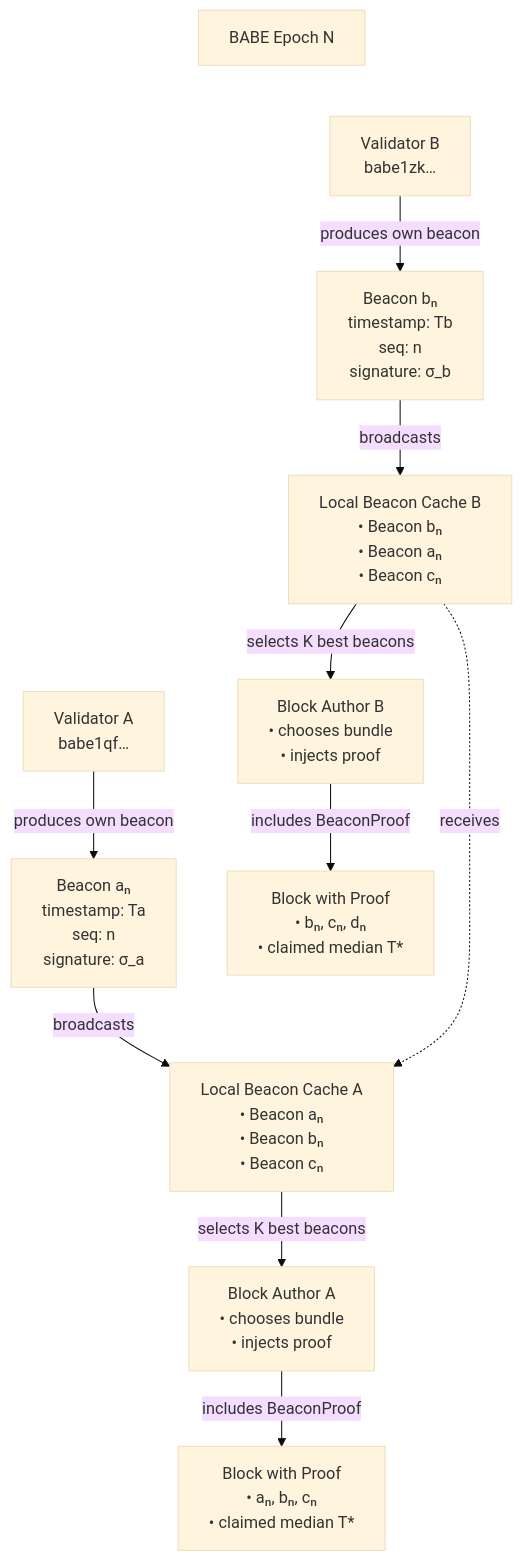
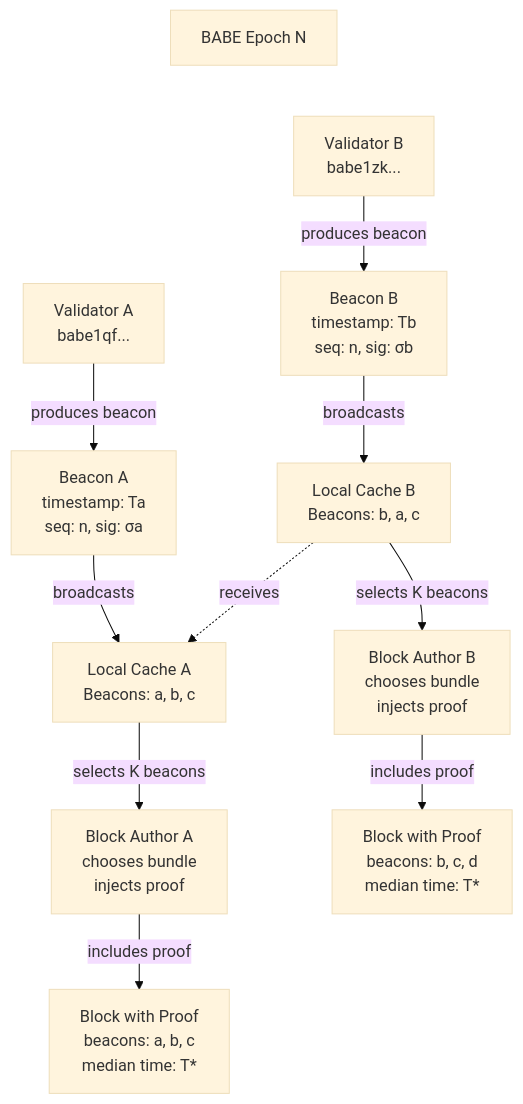
One commit to Roko-Network/roko-kb changed the first of 2 diagrams in articles/of-time-and-stamps.md. Above: the diagram before and after it, drawn with Mermaid (base theme).

Commit message:
Simplify Proof of Time diagram for better rendering
- Use <br/> instead of \n for line breaks (better mermaid support)
- Shorten labels to prevent text cutoff
- Simplify subscript notation

````diff
--- a/articles/of-time-and-stamps.md
+++ b/articles/of-time-and-stamps.md
@@ -106,31 +106,31 @@
 ```mermaid
 flowchart TB
     Epoch["BABE Epoch N"]
-    
-    VA["Validator A\nbabe1qf…"]
-    VB["Validator B\nbabe1zk…"]
-    
-    BeaconA["Beacon aₙ\ntimestamp: Ta\nseq: n\nsignature: σ_a"]
-    BeaconB["Beacon bₙ\ntimestamp: Tb\nseq: n\nsignature: σ_b"]
-    
-    CacheA["Local Beacon Cache A\n• Beacon aₙ\n• Beacon bₙ\n• Beacon cₙ"]
-    CacheB["Local Beacon Cache B\n• Beacon bₙ\n• Beacon aₙ\n• Beacon cₙ"]
-    
-    AuthorA["Block Author A\n• chooses bundle\n• injects proof"]
-    AuthorB["Block Author B\n• chooses bundle\n• injects proof"]
-    
-    BlockA["Block with Proof\n• aₙ, bₙ, cₙ\n• claimed median T*"]
-    BlockB["Block with Proof\n• bₙ, cₙ, dₙ\n• claimed median T*"]
-    
+
+    VA["Validator A<br/>babe1qf..."]
+    VB["Validator B<br/>babe1zk..."]
+
+    BeaconA["Beacon A<br/>timestamp: Ta<br/>seq: n, sig: σa"]
+    BeaconB["Beacon B<br/>timestamp: Tb<br/>seq: n, sig: σb"]
+
+    CacheA["Local Cache A<br/>Beacons: a, b, c"]
+    CacheB["Local Cache B<br/>Beacons: b, a, c"]
+
+    AuthorA["Block Author A<br/>chooses bundle<br/>injects proof"]
+    AuthorB["Block Author B<br/>chooses bundle<br/>injects proof"]
+
+    BlockA["Block with Proof<br/>beacons: a, b, c<br/>median time: T*"]
+    BlockB["Block with Proof<br/>beacons: b, c, d<br/>median time: T*"]
+
     Epoch ~~~ VA & VB
-    
-    VA -->|produces own beacon| BeaconA
-    VB -->|produces own beacon| BeaconB
+
+    VA -->|produces beacon| BeaconA
+    VB -->|produces beacon| BeaconB
     BeaconA -->|broadcasts| CacheA
     BeaconB -->|broadcasts| CacheB
-    CacheB -...->|receives| CacheA
-    CacheA -->|selects K best beacons| AuthorA
-    CacheB -->|selects K best beacons| AuthorB
-    AuthorA -->|includes BeaconProof| BlockA
-    AuthorB -->|includes BeaconProof| BlockB
+    CacheB -.->|receives| CacheA
+    CacheA -->|selects K beacons| AuthorA
+    CacheB -->|selects K beacons| AuthorB
+    AuthorA -->|includes proof| BlockA
+    AuthorB -->|includes proof| BlockB
 ```
````
